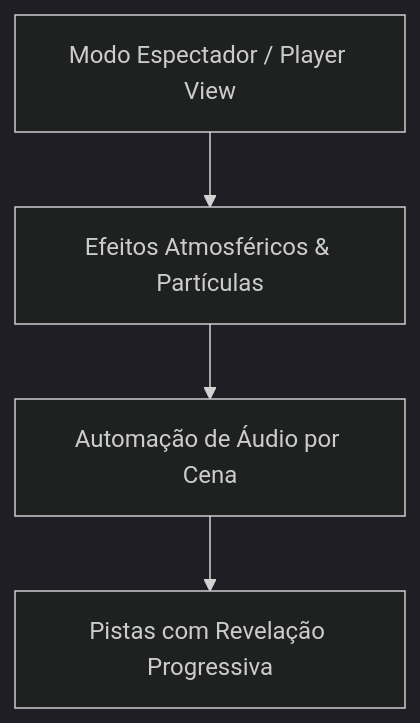
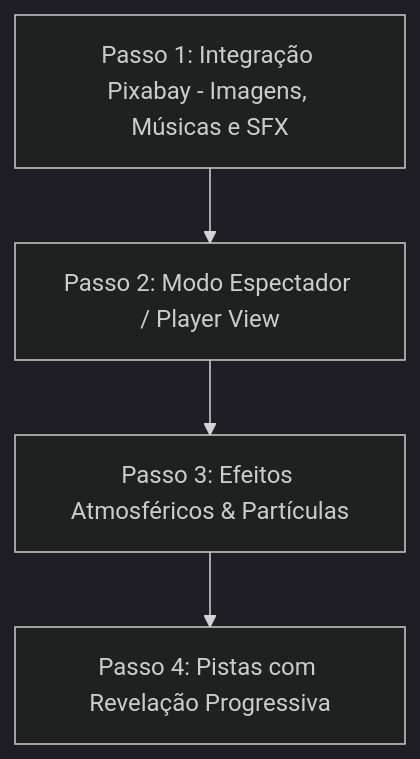
Before and after one commit to Raah-Lopes/dozero: the diagram in handoff.md, drawn with Mermaid (dark theme). The commit also changed other lines of this file, not shown here.

Commit message:
docs: update roadmap prioritizing Pixabay integration for images, music, and SFX

````diff
--- a/handoff.md
+++ b/handoff.md
@@ -160,6 +160,6 @@
 ```mermaid
 graph TD
-    A[Modo Espectador / Player View] --> B[Efeitos Atmosféricos & Partículas]
-    B --> C[Automação de Áudio por Cena]
-    C --> D[Pistas com Revelação Progressiva]
+    A[Passo 1: Integração Pixabay - Imagens, Músicas e SFX] --> B[Passo 2: Modo Espectador / Player View]
+    B --> C[Passo 3: Efeitos Atmosféricos & Partículas]
+    C --> D[Passo 4: Pistas com Revelação Progressiva]
 ```
````
